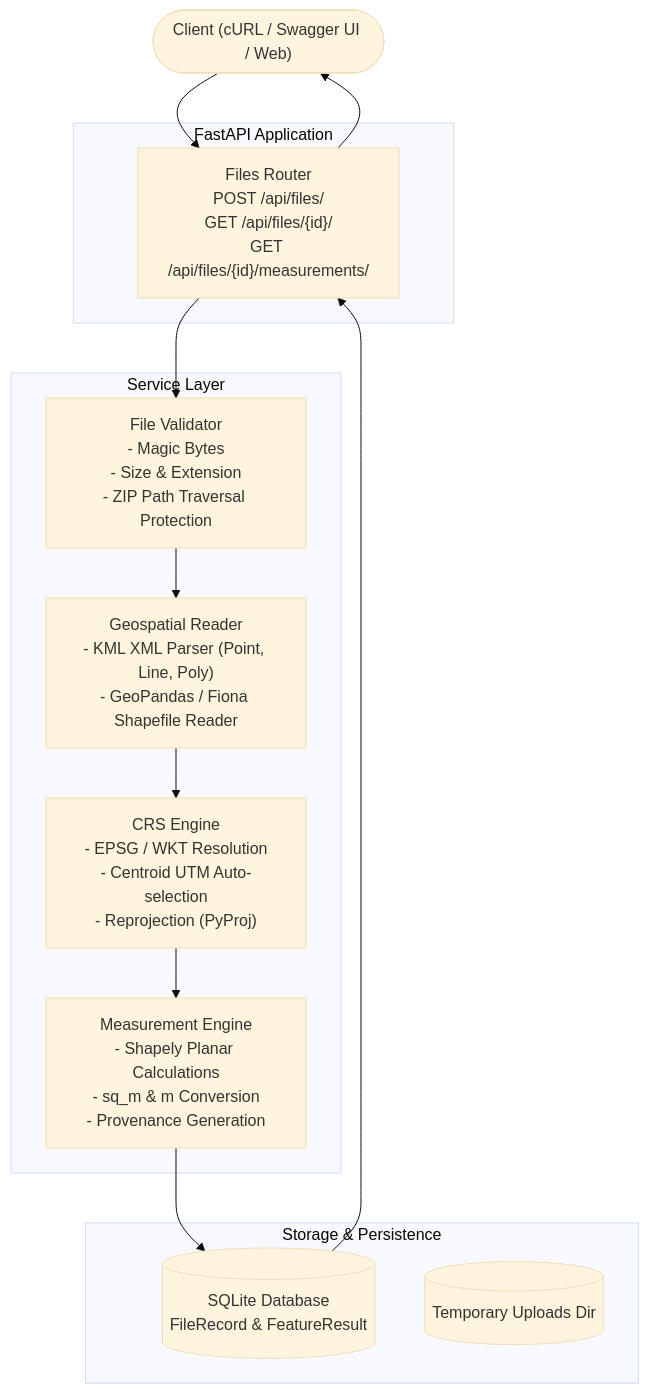
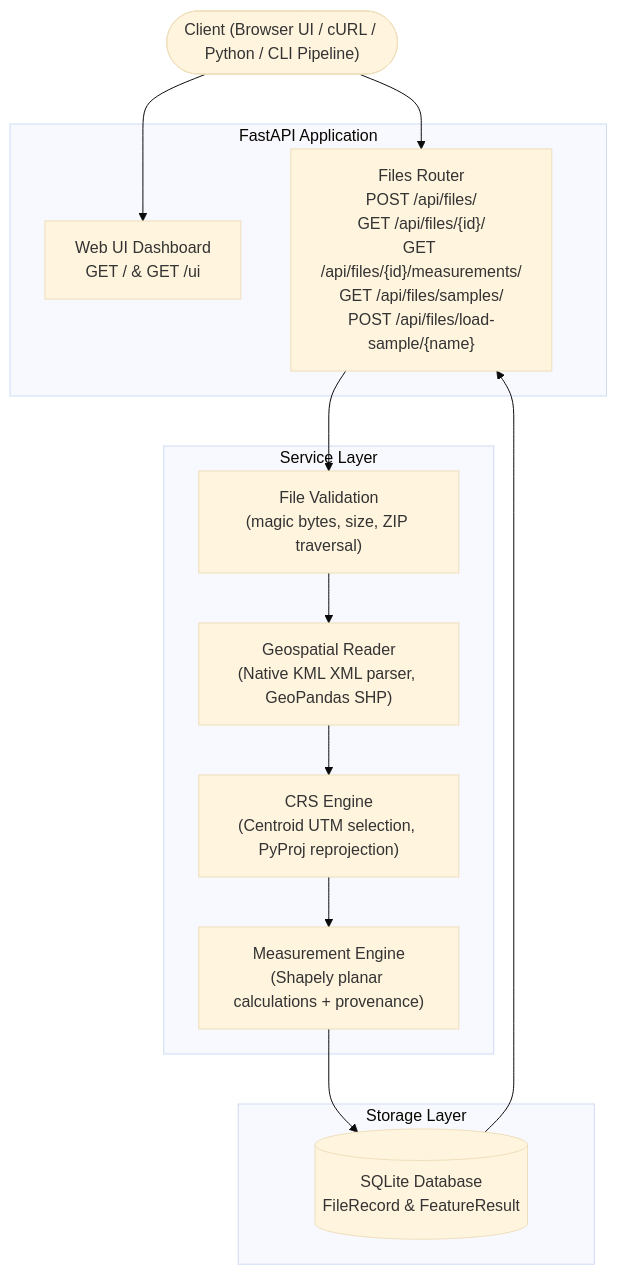
Before and after one commit to LonelyDreamer005/GeoMeasure: the diagram in README.md, drawn with Mermaid (base theme). The commit also changed other lines of this file and 7 other files, not shown here.

Commit message:
feat: add interactive web studio UI, batch automation pipeline, and sync detailed READMEs

````diff
--- a/README.md
+++ b/README.md
@@ -96,29 +246,29 @@
 ```mermaid
 graph TB
-    Client(["Client (cURL / Swagger UI / Web)"])
+    Client(["Client (Browser UI / cURL / Python / CLI Pipeline)"])
 
     subgraph API["FastAPI Application"]
-        Router["Files Router<br/>POST /api/files/<br/>GET /api/files/{id}/<br/>GET /api/files/{id}/measurements/"]
+        UI["Web UI Dashboard<br/>GET / & GET /ui"]
+        Router["Files Router<br/>POST /api/files/<br/>GET /api/files/{id}/<br/>GET /api/files/{id}/measurements/<br/>GET /api/files/samples/<br/>POST /api/files/load-sample/{name}"]
     end
 
-    subgraph CoreServices["Service Layer"]
-        Validator["File Validator<br/>- Magic Bytes<br/>- Size & Extension<br/>- ZIP Path Traversal Protection"]
-        Reader["Geospatial Reader<br/>- KML XML Parser (Point, Line, Poly)<br/>- GeoPandas / Fiona Shapefile Reader"]
-        CRS["CRS Engine<br/>- EPSG / WKT Resolution<br/>- Centroid UTM Auto-selection<br/>- Reprojection (PyProj)"]
-        Measure["Measurement Engine<br/>- Shapely Planar Calculations<br/>- sq_m & m Conversion<br/>- Provenance Generation"]
+    subgraph Services["Service Layer"]
+        Validator["File Validation<br/>(magic bytes, size, ZIP traversal)"]
+        Reader["Geospatial Reader<br/>(Native KML XML parser, GeoPandas SHP)"]
+        CRS["CRS Engine<br/>(Centroid UTM selection, PyProj reprojection)"]
+        Measure["Measurement Engine<br/>(Shapely planar calculations + provenance)"]
     end
 
-    subgraph Storage["Storage & Persistence"]
+    subgraph Persistence["Storage Layer"]
         DB[("SQLite Database<br/>FileRecord & FeatureResult")]
-        Uploads[("Temporary Uploads Dir")]
     end
 
+    Client --> UI
     Client --> Router
     Router --> Validator
     Validator --> Reader
     Reader --> CRS
     CRS --> Measure
     Measure --> DB
     DB --> Router
-    Router --> Client
 ```
````
